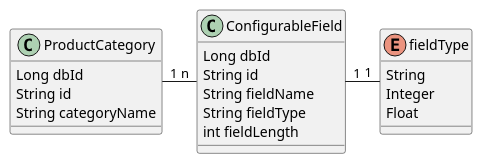
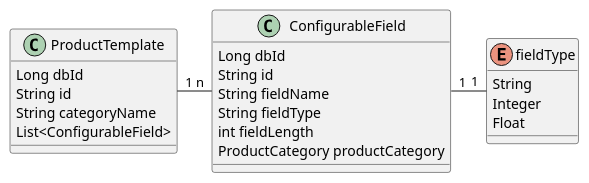
The diagram in Backend/docu/datamodel.puml (StefanSchade/PrimeFaces-Showcase), drawn with PlantUML before and after one commit. The commit also changed 46 other files, not shown here.

Commit message:
rename category in template

```diff
--- a/Backend/docu/datamodel.puml
+++ b/Backend/docu/datamodel.puml
@@ -1,26 +1,28 @@
 @startuml
 
-class ProductCategory {
+class ProductTemplate {
   Long dbId
   String id
   String categoryName
+  List<ConfigurableField>
 }
 
 class ConfigurableField {
   Long dbId
   String id
   String fieldName
   String fieldType
   int fieldLength
+  ProductCategory productCategory
 }
 
 enum fieldType {
     String
     Integer
     Float
 }
 
-ProductCategory "1" - "n" ConfigurableField
+ProductTemplate "1" - "n" ConfigurableField
 ConfigurableField "1" - "1" fieldType
 
 @enduml
```
